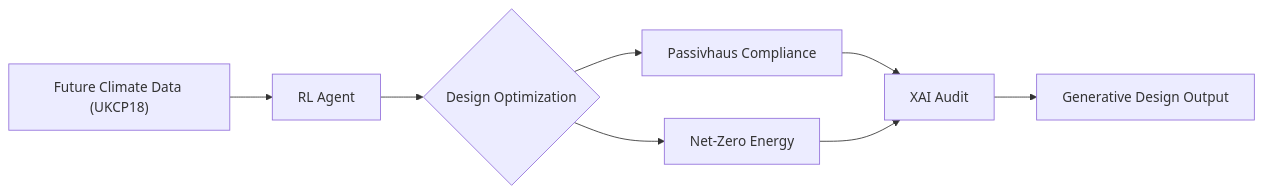
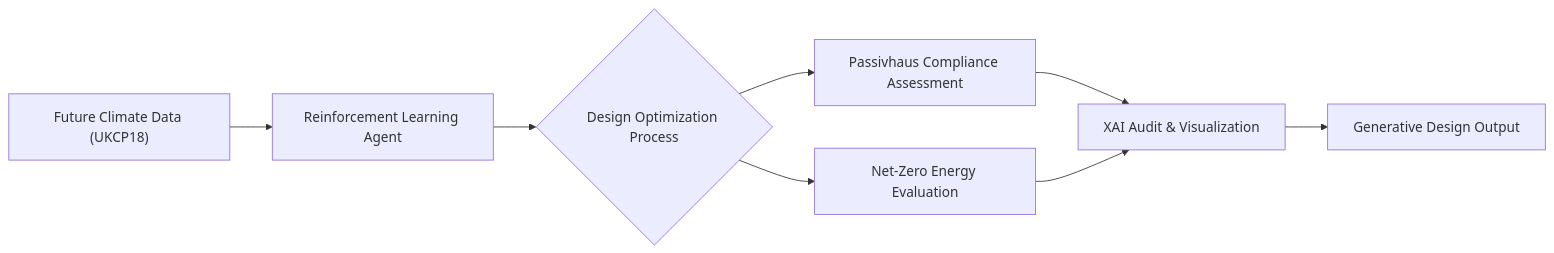
The diagram in docs/phd_proposal.md (rossedward-arch/ml-generative-energy-design), drawn with Mermaid before and after one commit. The commit also changed other lines of this file, not shown here.

````diff
--- a/docs/phd_proposal.md
+++ b/docs/phd_proposal.md
@@ -91,10 +91,10 @@
 ```mermaid
 graph LR
-    A["Future Climate Data (UKCP18)"] --> B["RL Agent"]
-    B --> C{"Design Optimization"}
-    C --> D["Passivhaus Compliance"]
-    C --> E["Net-Zero Energy"]
-    D --> F["XAI Audit"]
+    A["Future Climate Data (UKCP18)"] --> B["Reinforcement Learning Agent"]
+    B --> C{"Design Optimization Process"}
+    C --> D["Passivhaus Compliance Assessment"]
+    C --> E["Net-Zero Energy Evaluation"]
+    D --> F["XAI Audit & Visualization"]
     E --> F
     F --> G["Generative Design Output"]
 ```
````
